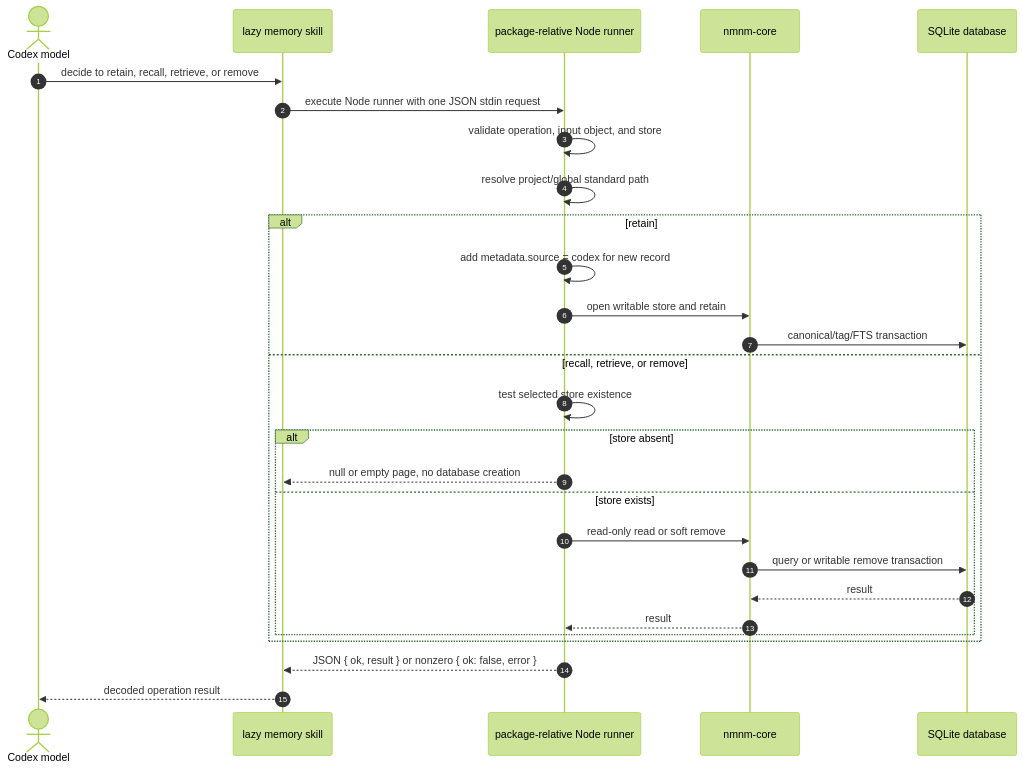
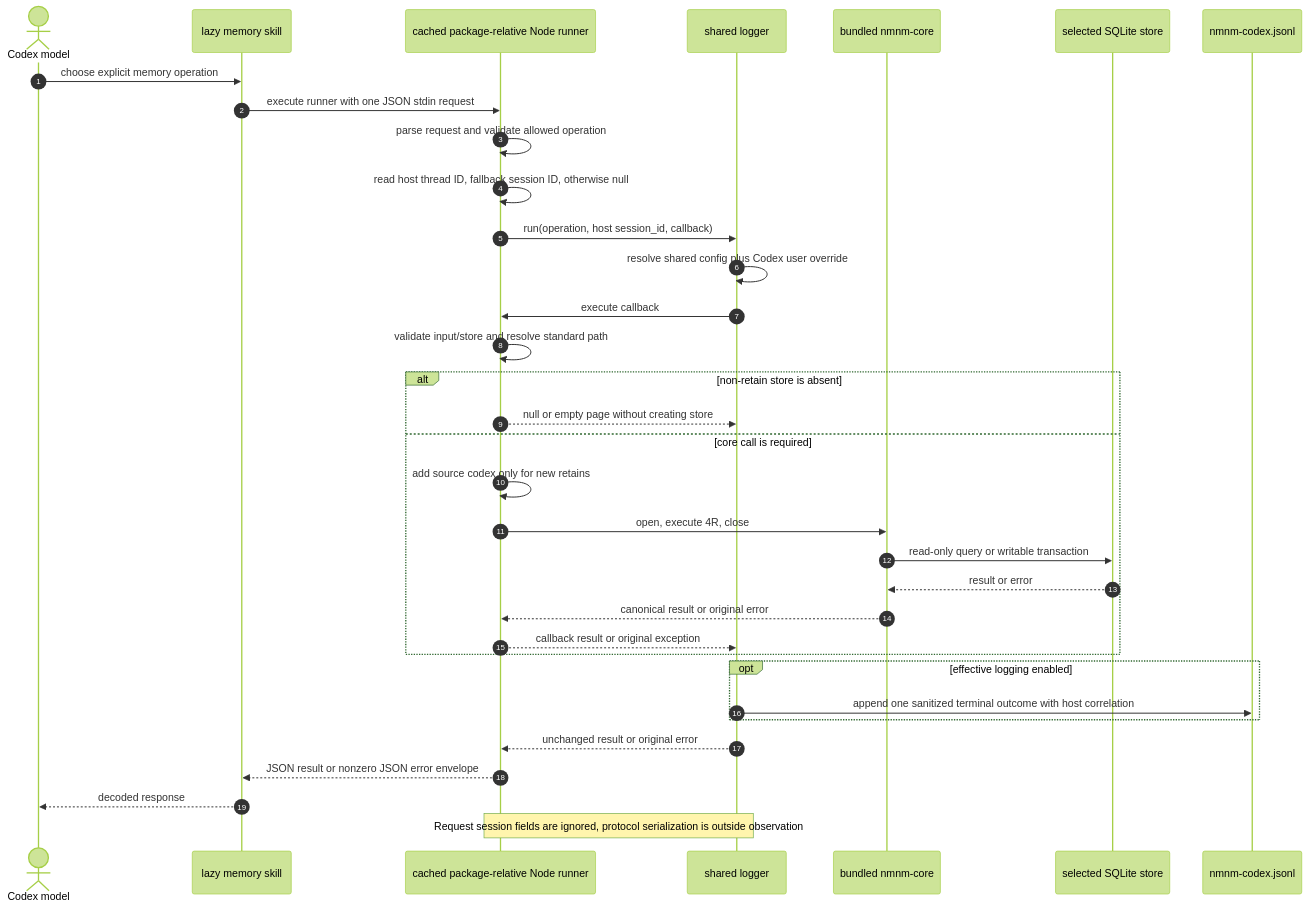
The sixth of 6 diagrams in docs/SEQUENCE_MEMORY_HANDLING.md (linellazatin/nanomneme), drawn with Mermaid (forest theme) before and after one commit. The commit also changed other lines of this file and 14 other files, not shown here.

````diff
--- a/docs/SEQUENCE_MEMORY_HANDLING.md
+++ b/docs/SEQUENCE_MEMORY_HANDLING.md
@@ -277,33 +277,37 @@
 ```mermaid
 sequenceDiagram
   autonumber
   actor Model as Codex model
   participant Skill as lazy memory skill
-  participant Runner as package-relative Node runner
-  participant Core as nmnm-core
-  participant DB as SQLite database
+  participant Runner as cached package-relative Node runner
+  participant Logger as shared logger
+  participant Core as bundled nmnm-core
+  participant DB as selected SQLite store
+  participant Log as nmnm-codex.jsonl
 
-  Model->>Skill: decide to retain, recall, retrieve, or remove
-  Skill->>Runner: execute Node runner with one JSON stdin request
-  Runner->>Runner: validate operation, input object, and store
-  Runner->>Runner: resolve project/global standard path
-
-  alt retain
-    Runner->>Runner: add metadata.source = codex for new record
-    Runner->>Core: open writable store and retain
-    Core->>DB: canonical/tag/FTS transaction
-  else recall, retrieve, or remove
-    Runner->>Runner: test selected store existence
-    alt store absent
-      Runner-->>Skill: null or empty page, no database creation
-    else store exists
-      Runner->>Core: read-only read or soft remove
-      Core->>DB: query or writable remove transaction
-      DB-->>Core: result
-      Core-->>Runner: result
-    end
+  Model->>Skill: choose explicit memory operation
+  Skill->>Runner: execute runner with one JSON stdin request
+  Runner->>Runner: parse request and validate allowed operation
+  Runner->>Runner: read host thread ID, fallback session ID, otherwise null
+  Runner->>Logger: run(operation, host session_id, callback)
+  Logger->>Logger: resolve shared config plus Codex user override
+  Logger->>Runner: execute callback
+  Runner->>Runner: validate input/store and resolve standard path
+  alt non-retain store is absent
+    Runner-->>Logger: null or empty page without creating store
+  else core call is required
+    Runner->>Runner: add source codex only for new retains
+    Runner->>Core: open, execute 4R, close
+    Core->>DB: read-only query or writable transaction
+    DB-->>Core: result or error
+    Core-->>Runner: canonical result or original error
+    Runner-->>Logger: callback result or original exception
   end
-
-  Runner-->>Skill: JSON { ok, result } or nonzero { ok: false, error }
-  Skill-->>Model: decoded operation result
+  opt effective logging enabled
+    Logger->>Log: append one sanitized terminal outcome with host correlation
+  end
+  Logger-->>Runner: unchanged result or original error
+  Runner-->>Skill: JSON result or nonzero JSON error envelope
+  Skill-->>Model: decoded response
+  Note over Runner,Logger: Request session fields are ignored, protocol serialization is outside observation
 ```
````
